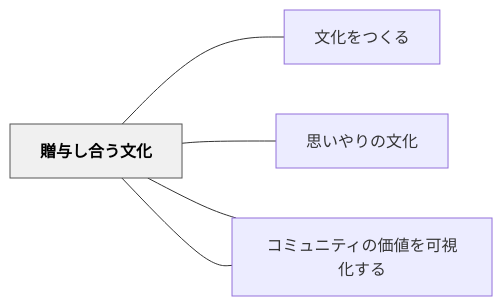
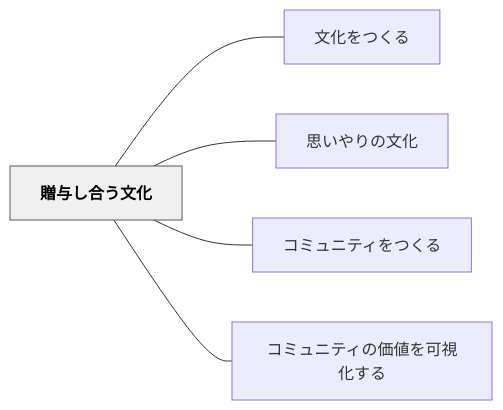
The diagram in content/パタン/贈与し合う文化.md (unknownthings-ed-patterns/unknownthings-ed-patterns), drawn with Mermaid before and after one commit. The commit also changed 527 other files, not shown here.

````diff
--- a/content/パタン/贈与し合う文化.md
+++ b/content/パタン/贈与し合う文化.md
@@ -52,16 +52,16 @@
 ```mermaid
 flowchart LR
-    ne8b488e4b88e["贈与し合う文化"]
-    ne69687e58c96["文化をつくる"]
-    ne6809de38184["思いやりの文化"]
-    ne382b3e3839f["コミュニティをつくる"]
-    ne382b3e3839f["コミュニティの価値を可視化する"]
+    ne8b488e4b88ee38197e59088e38186e69687e58c96["贈与し合う文化"]
+    ne69687e58c96e38292e381a4e3818fe3828b["文化をつくる"]
+    ne6809de38184e38284e3828ae381aee69687e58c96["思いやりの文化"]
+    ne382b3e3839fe383a5e3838be38386e382a3e38292e381a4e3818fe3828b["コミュニティをつくる"]
+    ne382b3e3839fe383a5e3838be38386e382a3e381aee4bea1e580a4e38292e58fafe8a696e58c96e38199e3828b["コミュニティの価値を可視化する"]
 
-    ne8b488e4b88e --- ne69687e58c96
-    ne8b488e4b88e --- ne6809de38184
-    ne8b488e4b88e --- ne382b3e3839f
-    ne8b488e4b88e --- ne382b3e3839f
+    ne8b488e4b88ee38197e59088e38186e69687e58c96 --- ne69687e58c96e38292e381a4e3818fe3828b
+    ne8b488e4b88ee38197e59088e38186e69687e58c96 --- ne6809de38184e38284e3828ae381aee69687e58c96
+    ne8b488e4b88ee38197e59088e38186e69687e58c96 --- ne382b3e3839fe383a5e3838be38386e382a3e38292e381a4e3818fe3828b
+    ne8b488e4b88ee38197e59088e38186e69687e58c96 --- ne382b3e3839fe383a5e3838be38386e382a3e381aee4bea1e580a4e38292e58fafe8a696e58c96e38199e3828b
 
     classDef hub fill:#f0f0f0,stroke:#555,color:#000,font-weight:bold
-    class ne8b488e4b88e hub
+    class ne8b488e4b88ee38197e59088e38186e69687e58c96 hub
 ```
````
